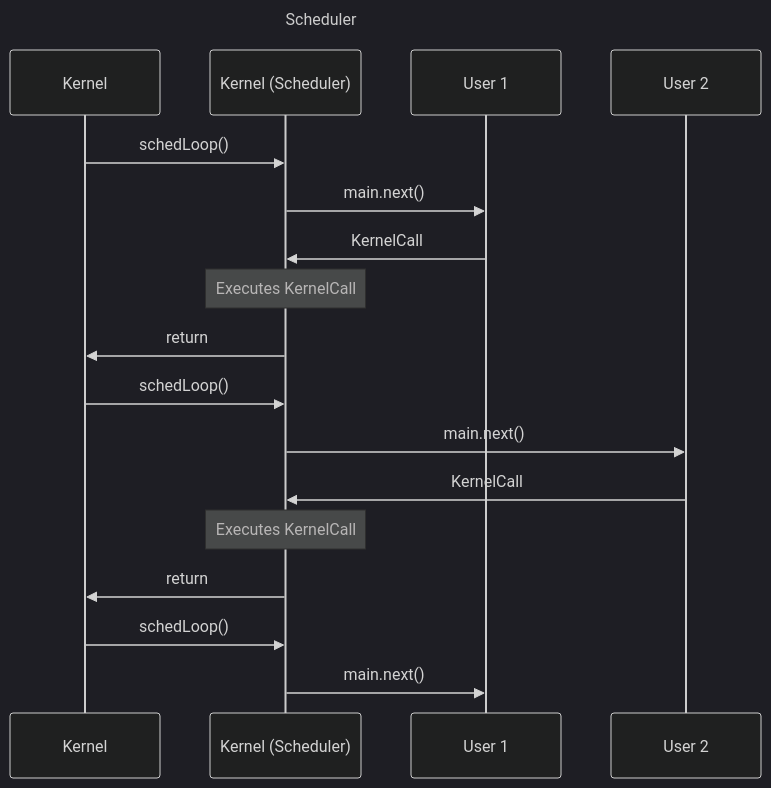
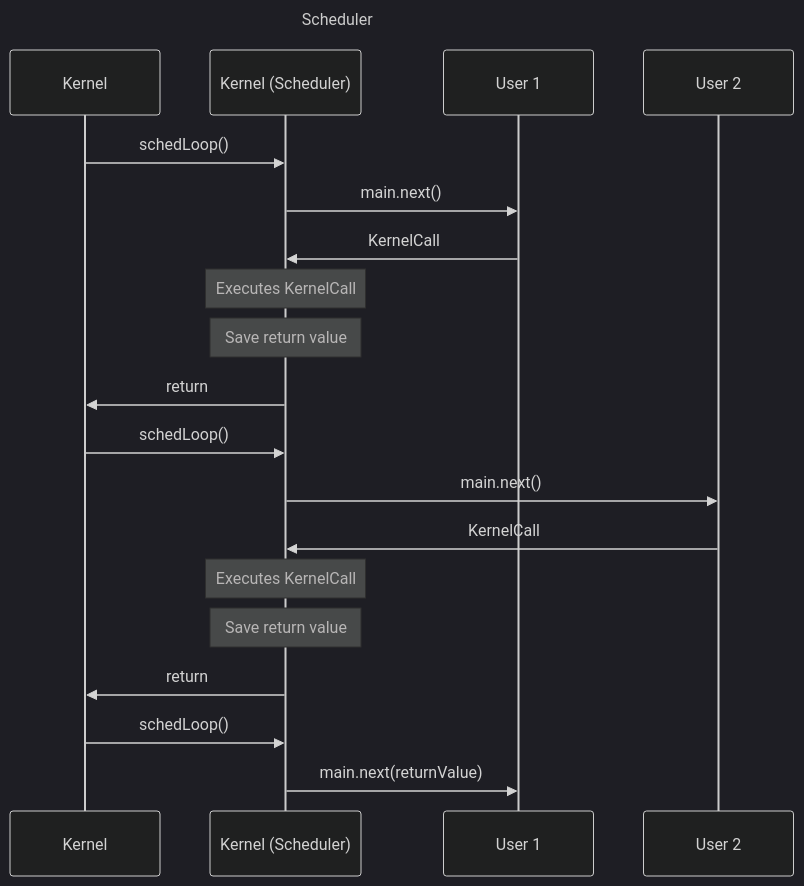
The fourth of 4 diagrams in README.md (cornusandu-org/SilentUOS), drawn with Mermaid (dark theme) before and after one commit. The commit also changed other lines of this file and 1 other file, not shown here.

Commit message:
Implement KCall return values

````diff
--- a/README.md
+++ b/README.md
@@ -52,24 +53,24 @@
 ```mermaid
 ---
 title: Scheduler
 ---
 sequenceDiagram
     participant K0 as Kernel
     participant K as Kernel (Scheduler)
     participant U1 as User 1
     participant U2 as User 2
     K0 ->> K: schedLoop()
     K ->> U1: main.next()
     U1 ->> K: KernelCall
     Note over K: Executes KernelCall
-    #Note over K: Save return value
+    Note over K: Save return value
     K ->> K0: return
     K0 ->> K: schedLoop()
     K ->> U2: main.next()
     U2 ->> K: KernelCall
     Note over K: Executes KernelCall
-    #Note over K: Save return value
+    Note over K: Save return value
     K ->> K0: return
     K0 ->> K: schedLoop()
-    K ->> U1: main.next()
+    K ->> U1: main.next(returnValue)
 ```
````
